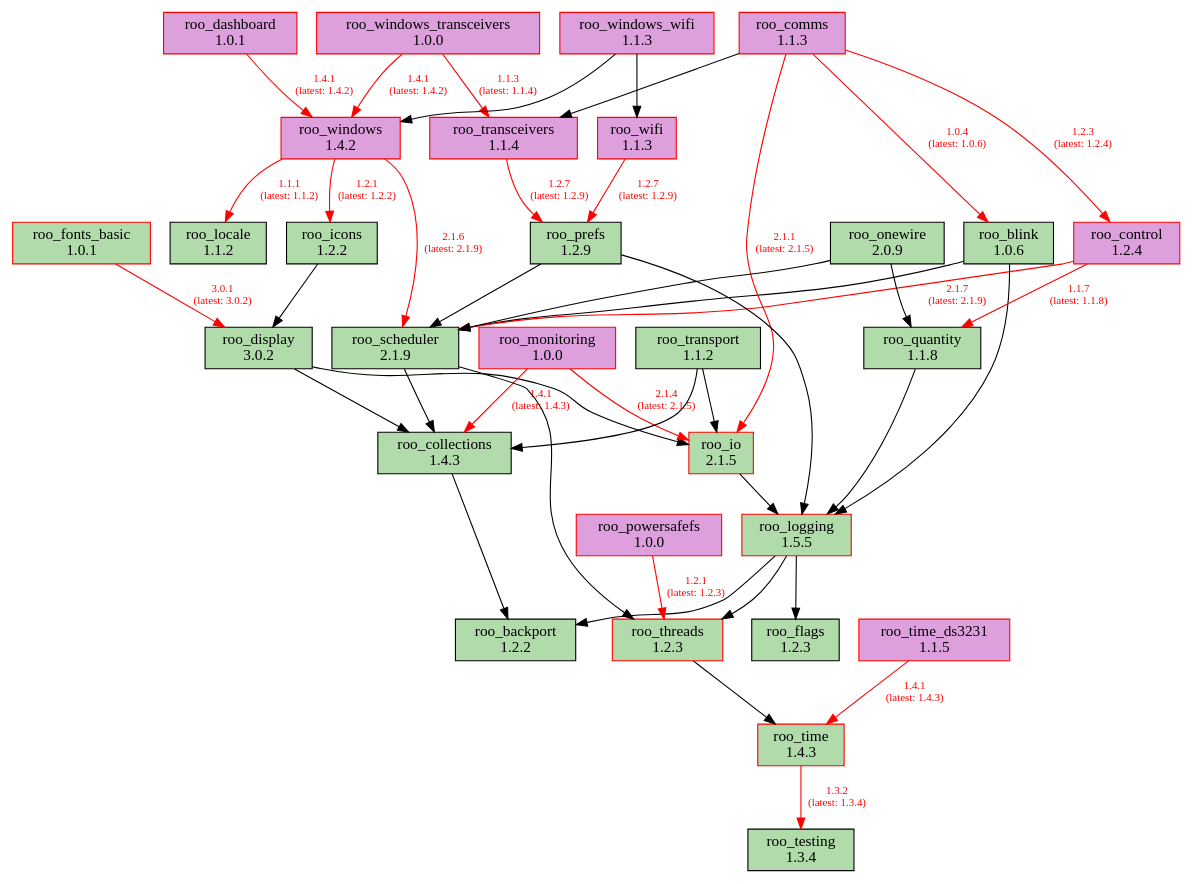
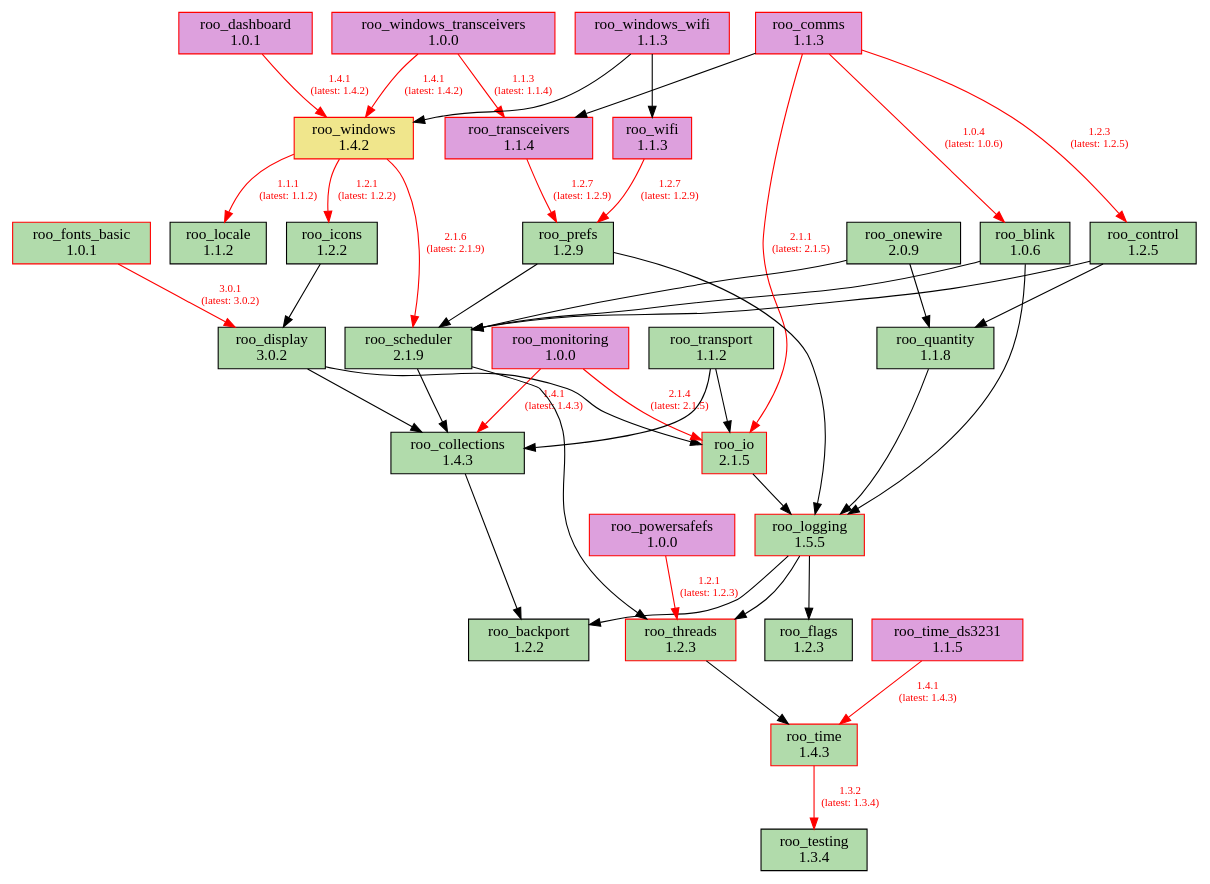
The diagram in doc/dependencies.dot (dejwk/roo-registry), drawn with Graphviz before and after one commit. The commit also changed 3 other files, not shown here.

Commit message:
Added roo_control 1.2.5 to the registry.

```diff
--- a/doc/dependencies.dot
+++ b/doc/dependencies.dot
@@ -1,80 +1,80 @@
 digraph dependencies {
     rankdir=TB;
     node [shape=box, style=filled];
     edge [fontsize=10];
 
     // Modules
     "roo_backport" [label="roo_backport\n1.2.2", fillcolor="#b1dbab", color="black"];
     "roo_blink" [label="roo_blink\n1.0.6", fillcolor="#b1dbab", color="black"];
     "roo_collections" [label="roo_collections\n1.4.3", fillcolor="#b1dbab", color="black"];
     "roo_comms" [label="roo_comms\n1.1.3", fillcolor="plum", color="red"];
-    "roo_control" [label="roo_control\n1.2.4", fillcolor="plum", color="red"];
+    "roo_control" [label="roo_control\n1.2.5", fillcolor="#b1dbab", color="black"];
     "roo_dashboard" [label="roo_dashboard\n1.0.1", fillcolor="plum", color="red"];
     "roo_display" [label="roo_display\n3.0.2", fillcolor="#b1dbab", color="black"];
     "roo_flags" [label="roo_flags\n1.2.3", fillcolor="#b1dbab", color="black"];
     "roo_fonts_basic" [label="roo_fonts_basic\n1.0.1", fillcolor="#b1dbab", color="red"];
     "roo_icons" [label="roo_icons\n1.2.2", fillcolor="#b1dbab", color="black"];
     "roo_io" [label="roo_io\n2.1.5", fillcolor="#b1dbab", color="red"];
     "roo_locale" [label="roo_locale\n1.1.2", fillcolor="#b1dbab", color="black"];
     "roo_logging" [label="roo_logging\n1.5.5", fillcolor="#b1dbab", color="red"];
     "roo_monitoring" [label="roo_monitoring\n1.0.0", fillcolor="plum", color="red"];
     "roo_onewire" [label="roo_onewire\n2.0.9", fillcolor="#b1dbab", color="black"];
     "roo_powersafefs" [label="roo_powersafefs\n1.0.0", fillcolor="plum", color="red"];
     "roo_prefs" [label="roo_prefs\n1.2.9", fillcolor="#b1dbab", color="black"];
     "roo_quantity" [label="roo_quantity\n1.1.8", fillcolor="#b1dbab", color="black"];
     "roo_scheduler" [label="roo_scheduler\n2.1.9", fillcolor="#b1dbab", color="black"];
     "roo_testing" [label="roo_testing\n1.3.4", fillcolor="#b1dbab", color="black"];
     "roo_threads" [label="roo_threads\n1.2.3", fillcolor="#b1dbab", color="red"];
     "roo_time" [label="roo_time\n1.4.3", fillcolor="#b1dbab", color="red"];
     "roo_time_ds3231" [label="roo_time_ds3231\n1.1.5", fillcolor="plum", color="red"];
     "roo_transceivers" [label="roo_transceivers\n1.1.4", fillcolor="plum", color="red"];
     "roo_transport" [label="roo_transport\n1.1.2", fillcolor="#b1dbab", color="black"];
     "roo_wifi" [label="roo_wifi\n1.1.3", fillcolor="plum", color="red"];
-    "roo_windows" [label="roo_windows\n1.4.2", fillcolor="plum", color="red"];
+    "roo_windows" [label="roo_windows\n1.4.2", fillcolor="khaki", color="red"];
     "roo_windows_transceivers" [label="roo_windows_transceivers\n1.0.0", fillcolor="plum", color="red"];
     "roo_windows_wifi" [label="roo_windows_wifi\n1.1.3", fillcolor="plum", color="red"];
 
     // Dependencies
     "roo_blink" -> "roo_logging";
     "roo_blink" -> "roo_scheduler";
     "roo_collections" -> "roo_backport";
     "roo_comms" -> "roo_blink" [color=red, fontcolor=red, label="1.0.4\n(latest: 1.0.6)"];
-    "roo_comms" -> "roo_control" [color=red, fontcolor=red, label="1.2.3\n(latest: 1.2.4)"];
+    "roo_comms" -> "roo_control" [color=red, fontcolor=red, label="1.2.3\n(latest: 1.2.5)"];
     "roo_comms" -> "roo_io" [color=red, fontcolor=red, label="2.1.1\n(latest: 2.1.5)"];
     "roo_comms" -> "roo_transceivers";
-    "roo_control" -> "roo_quantity" [color=red, fontcolor=red, label="1.1.7\n(latest: 1.1.8)"];
-    "roo_control" -> "roo_scheduler" [color=red, fontcolor=red, label="2.1.7\n(latest: 2.1.9)"];
+    "roo_control" -> "roo_quantity";
+    "roo_control" -> "roo_scheduler";
     "roo_dashboard" -> "roo_windows" [color=red, fontcolor=red, label="1.4.1\n(latest: 1.4.2)"];
     "roo_display" -> "roo_collections";
     "roo_display" -> "roo_io";
     "roo_fonts_basic" -> "roo_display" [color=red, fontcolor=red, label="3.0.1\n(latest: 3.0.2)"];
     "roo_icons" -> "roo_display";
     "roo_io" -> "roo_logging";
     "roo_logging" -> "roo_backport";
     "roo_logging" -> "roo_flags";
     "roo_logging" -> "roo_threads";
     "roo_monitoring" -> "roo_collections" [color=red, fontcolor=red, label="1.4.1\n(latest: 1.4.3)"];
     "roo_monitoring" -> "roo_io" [color=red, fontcolor=red, label="2.1.4\n(latest: 2.1.5)"];
     "roo_onewire" -> "roo_scheduler";
     "roo_onewire" -> "roo_quantity";
     "roo_powersafefs" -> "roo_threads" [color=red, fontcolor=red, label="1.2.1\n(latest: 1.2.3)"];
     "roo_prefs" -> "roo_logging";
     "roo_prefs" -> "roo_scheduler";
     "roo_quantity" -> "roo_logging";
     "roo_scheduler" -> "roo_collections";
     "roo_scheduler" -> "roo_threads";
     "roo_threads" -> "roo_time";
     "roo_time" -> "roo_testing" [color=red, fontcolor=red, label="1.3.2\n(latest: 1.3.4)"];
     "roo_time_ds3231" -> "roo_time" [color=red, fontcolor=red, label="1.4.1\n(latest: 1.4.3)"];
     "roo_transceivers" -> "roo_prefs" [color=red, fontcolor=red, label="1.2.7\n(latest: 1.2.9)"];
     "roo_transport" -> "roo_collections";
     "roo_transport" -> "roo_io";
     "roo_wifi" -> "roo_prefs" [color=red, fontcolor=red, label="1.2.7\n(latest: 1.2.9)"];
     "roo_windows" -> "roo_locale" [color=red, fontcolor=red, label="1.1.1\n(latest: 1.1.2)"];
     "roo_windows" -> "roo_icons" [color=red, fontcolor=red, label="1.2.1\n(latest: 1.2.2)"];
     "roo_windows" -> "roo_scheduler" [color=red, fontcolor=red, label="2.1.6\n(latest: 2.1.9)"];
     "roo_windows_transceivers" -> "roo_transceivers" [color=red, fontcolor=red, label="1.1.3\n(latest: 1.1.4)"];
     "roo_windows_transceivers" -> "roo_windows" [color=red, fontcolor=red, label="1.4.1\n(latest: 1.4.2)"];
     "roo_windows_wifi" -> "roo_wifi";
     "roo_windows_wifi" -> "roo_windows";
 }
```
